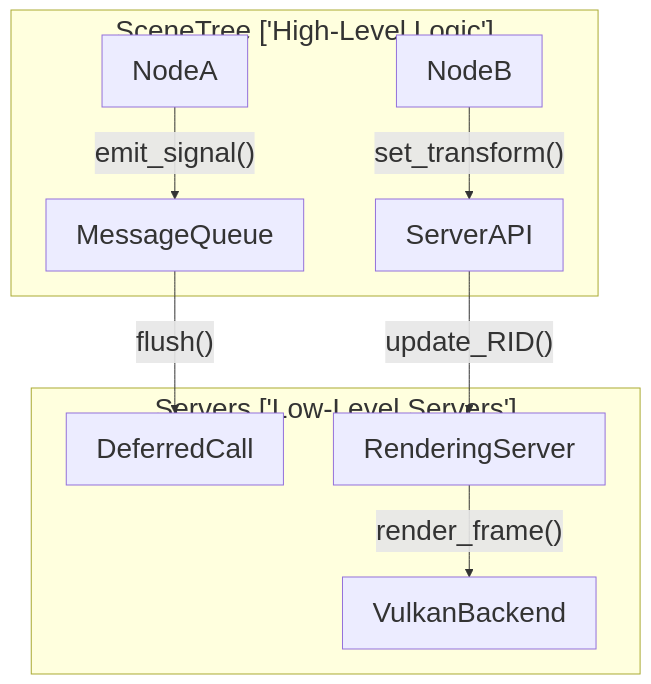
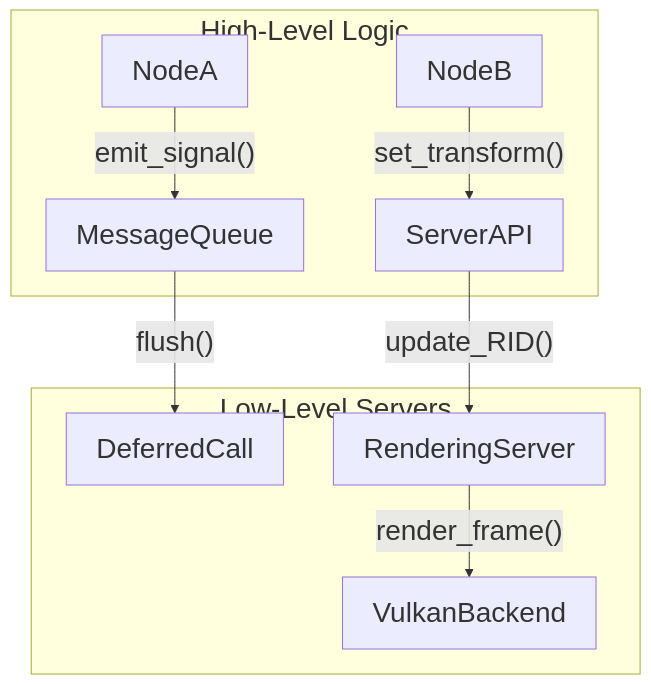
One commit to j4flmao/agent-skills changed the diagram in skills/game/game-development/godot-gdscript/SKILL.md. Above: the diagram before and after it, drawn with Mermaid. The commit also changed 38 other files, not shown here.

Commit message:
style(skills): Add padding to Mermaid subgraphs to prevent label overlap with nodes

````diff
--- a/skills/game/game-development/godot-gdscript/SKILL.md
+++ b/skills/game/game-development/godot-gdscript/SKILL.md
@@ -16,13 +16,13 @@
 ```mermaid
 flowchart TD
 %%{init: {"theme": "default", "themeVariables": {"fontSize": "28px"}, "flowchart": {"useMaxWidth": false}}}%%
-    subgraph SceneTreeHighLevelLogic ["SceneTree ['High-Level Logic']"]
+    subgraph SceneTreeHighLevelLogic ["High-Level Logic<br/>"]
         NodeA -->|"emit_signal()"| MessageQueue
         NodeB -->|"set_transform()"| ServerAPI
     end
-    subgraph ServersLowLevelServers ["Servers ['Low-Level Servers']"]
+    subgraph ServersLowLevelServers ["Low-Level Servers<br/>"]
         MessageQueue -->|"flush()"| DeferredCall
         ServerAPI -->|"update_RID()"| RenderingServer
         RenderingServer -->|"render_frame()"| VulkanBackend
     end
 ```
````
